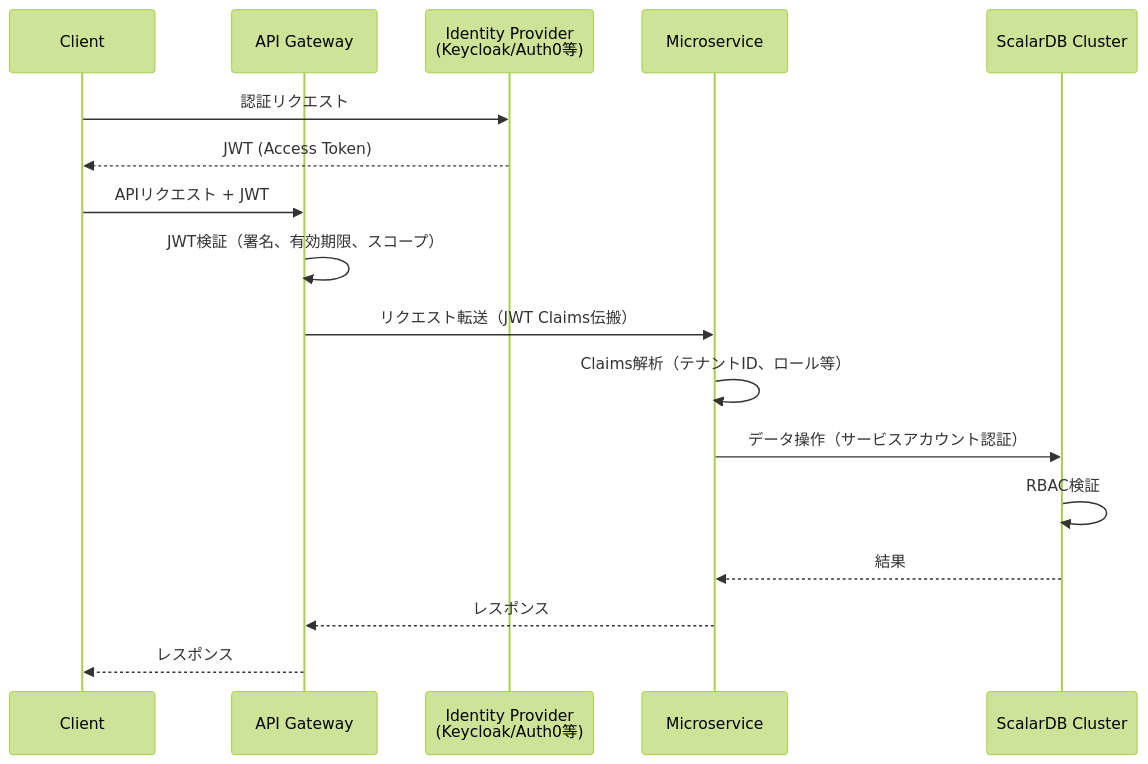
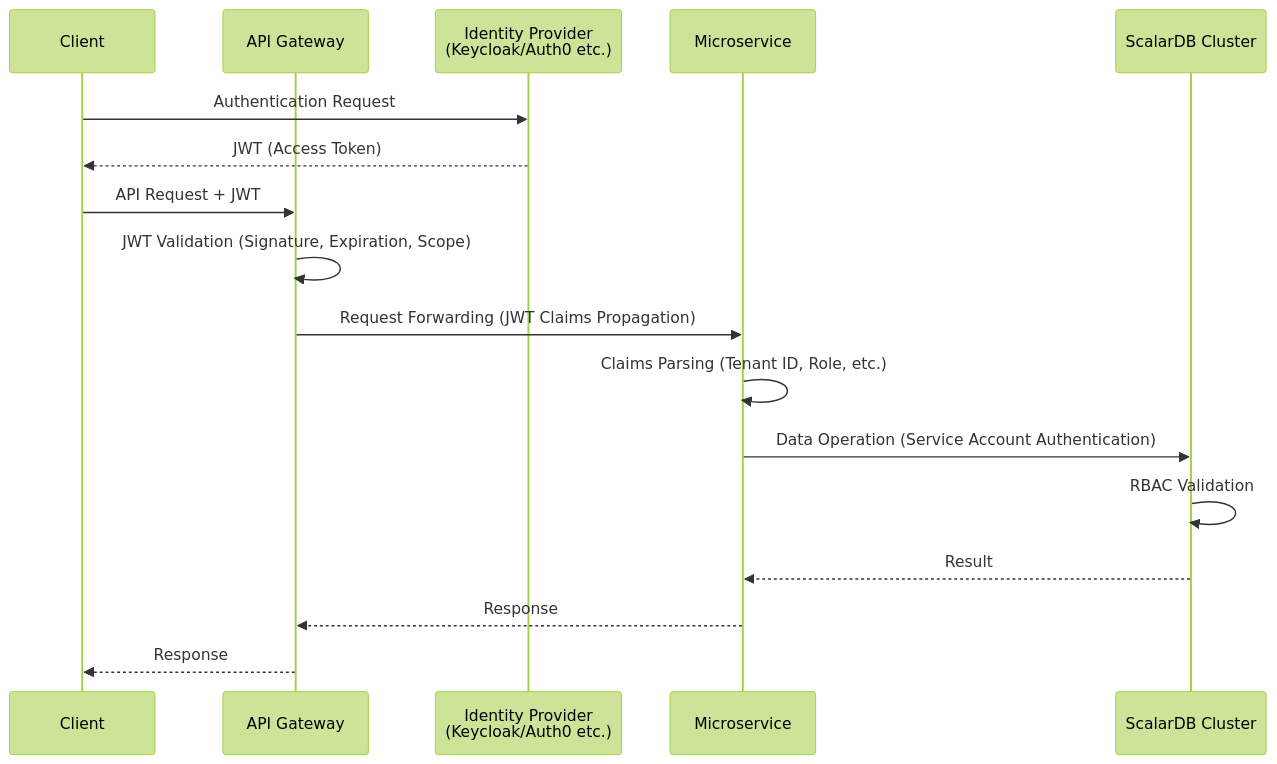
The second of 4 diagrams in workflow/greenfield/08_security_design.md (wfukatsu/nexus-architect), drawn with Mermaid (forest theme) before and after one commit. The commit also changed other lines of this file and 6 other files, not shown here.

````diff
--- a/workflow/greenfield/08_security_design.md
+++ b/workflow/greenfield/08_security_design.md
@@ -137,20 +137,20 @@
 ```mermaid
 sequenceDiagram
     participant Client
     participant APIGW as API Gateway
-    participant IDP as Identity Provider<br/>(Keycloak/Auth0等)
+    participant IDP as Identity Provider<br/>(Keycloak/Auth0 etc.)
     participant Service as Microservice
     participant SDB as ScalarDB Cluster
 
-    Client->>IDP: 認証リクエスト
+    Client->>IDP: Authentication Request
     IDP-->>Client: JWT (Access Token)
-    Client->>APIGW: APIリクエスト + JWT
-    APIGW->>APIGW: JWT検証（署名、有効期限、スコープ）
-    APIGW->>Service: リクエスト転送（JWT Claims伝搬）
-    Service->>Service: Claims解析（テナントID、ロール等）
-    Service->>SDB: データ操作（サービスアカウント認証）
-    SDB->>SDB: RBAC検証
-    SDB-->>Service: 結果
-    Service-->>APIGW: レスポンス
-    APIGW-->>Client: レスポンス
+    Client->>APIGW: API Request + JWT
+    APIGW->>APIGW: JWT Validation (Signature, Expiration, Scope)
+    APIGW->>Service: Request Forwarding (JWT Claims Propagation)
+    Service->>Service: Claims Parsing (Tenant ID, Role, etc.)
+    Service->>SDB: Data Operation (Service Account Authentication)
+    SDB->>SDB: RBAC Validation
+    SDB-->>Service: Result
+    Service-->>APIGW: Response
+    APIGW-->>Client: Response
 ```
````
